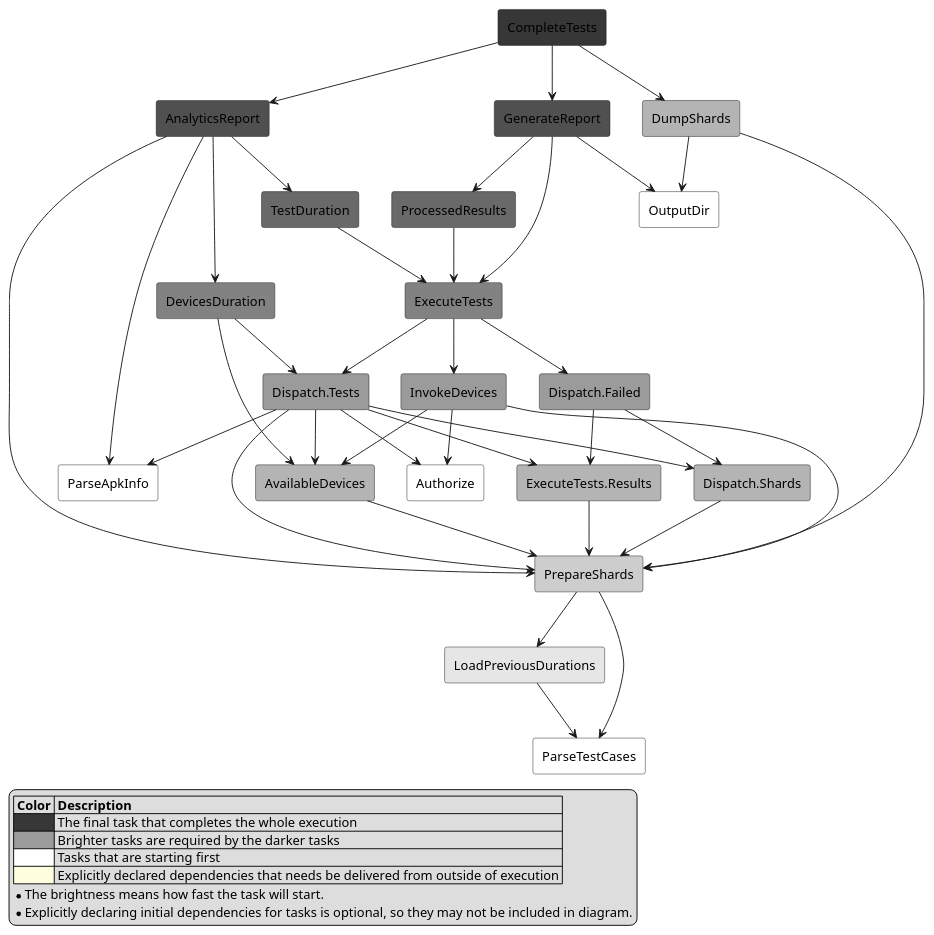
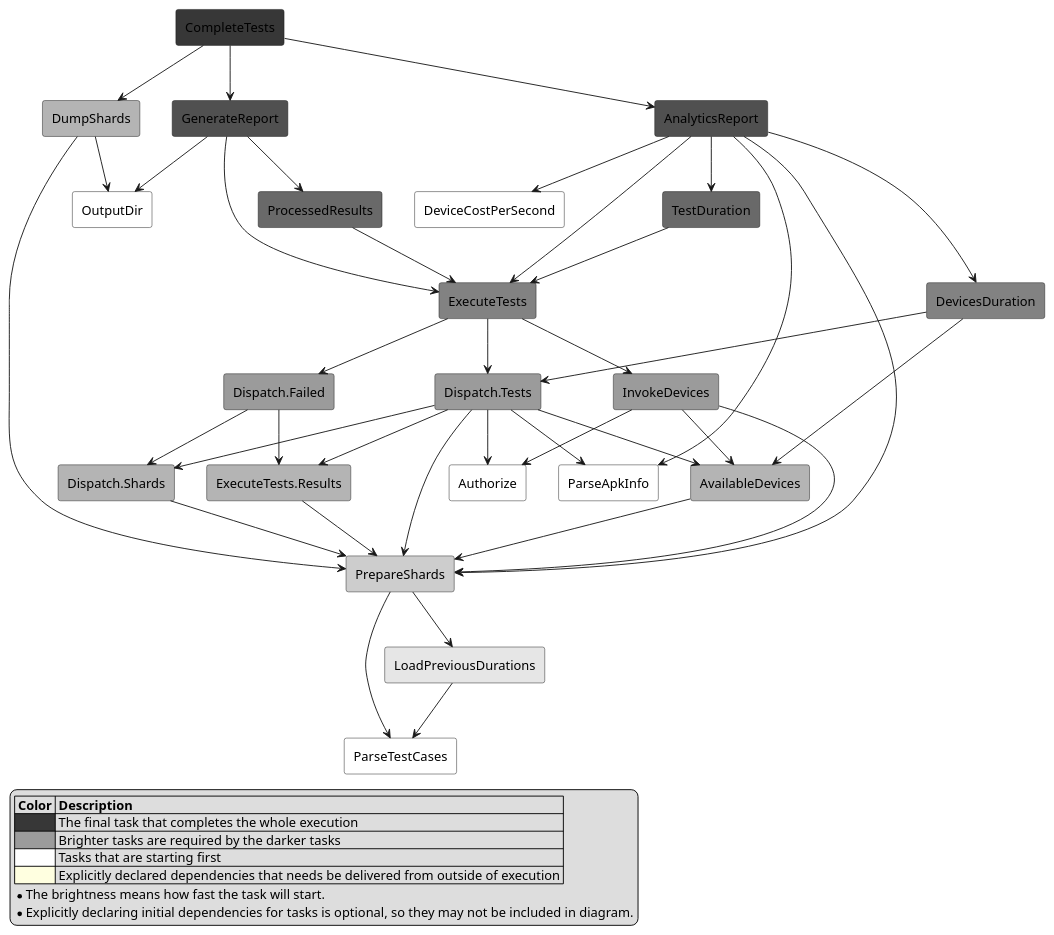
One commit to Flank/flank changed the diagram in corellium/domain/TestAndroid-execute.puml. Above: the diagram before and after it, drawn with PlantUML. The commit also changed 3 other files, not shown here.

```diff
--- a/corellium/domain/TestAndroid-execute.puml
+++ b/corellium/domain/TestAndroid-execute.puml
@@ -1,73 +1,76 @@
 @startuml
 
 skinparam componentStyle rectangle
 
 legend left
   |= Color |= Description |
   |<#373737>| The final task that completes the whole execution |
   |<#9b9b9b>| Brighter tasks are required by the darker tasks |
   |<#ffffff>| Tasks that are starting first |
   |<#LightYellow>| Explicitly declared dependencies that needs be delivered from outside of execution |
   * The brightness means how fast the task will start.
   * Explicitly declaring initial dependencies for tasks is optional, so they may not be included in diagram.
 end legend
 
 [Authorize] #ffffff
 [OutputDir] #ffffff
+[DeviceCostPerSecond] #ffffff
 [ParseApkInfo] #ffffff
 [ParseTestCases] #ffffff
 [LoadPreviousDurations] #e6e6e6
 [PrepareShards] #cdcdcd
 [AvailableDevices] #b4b4b4
 [Dispatch.Shards] #b4b4b4
 [DumpShards] #b4b4b4
 [ExecuteTests.Results] #b4b4b4
 [Dispatch.Failed] #9b9b9b
 [Dispatch.Tests] #9b9b9b
 [InvokeDevices] #9b9b9b
 [DevicesDuration] #828282
 [ExecuteTests] #828282
 [TestDuration] #696969
 [ProcessedResults] #696969
 [GenerateReport] #505050
 [AnalyticsReport] #505050
 [CompleteTests] #373737
 
 [AvailableDevices] --> [PrepareShards]
 [DevicesDuration] --> [AvailableDevices]
 [DevicesDuration] --> [Dispatch.Tests]
 [TestDuration] --> [ExecuteTests]
 [Dispatch.Failed] --> [Dispatch.Shards]
 [Dispatch.Failed] --> [ExecuteTests.Results]
 [Dispatch.Shards] --> [PrepareShards]
 [Dispatch.Tests] --> [ParseApkInfo]
 [Dispatch.Tests] --> [Authorize]
 [Dispatch.Tests] --> [PrepareShards]
 [Dispatch.Tests] --> [AvailableDevices]
 [Dispatch.Tests] --> [Dispatch.Shards]
 [Dispatch.Tests] --> [ExecuteTests.Results]
 [DumpShards] --> [PrepareShards]
 [DumpShards] --> [OutputDir]
 [ExecuteTests] --> [InvokeDevices]
 [ExecuteTests] --> [Dispatch.Tests]
 [ExecuteTests] --> [Dispatch.Failed]
 [CompleteTests] --> [GenerateReport]
 [CompleteTests] --> [DumpShards]
 [CompleteTests] --> [AnalyticsReport]
 [GenerateReport] --> [ExecuteTests]
 [GenerateReport] --> [ProcessedResults]
 [GenerateReport] --> [OutputDir]
 [ExecuteTests.Results] --> [PrepareShards]
 [InvokeDevices] --> [Authorize]
 [InvokeDevices] --> [PrepareShards]
 [InvokeDevices] --> [AvailableDevices]
 [LoadPreviousDurations] --> [ParseTestCases]
 [PrepareShards] --> [ParseTestCases]
 [PrepareShards] --> [LoadPreviousDurations]
 [ProcessedResults] --> [ExecuteTests]
 [AnalyticsReport] --> [PrepareShards]
 [AnalyticsReport] --> [ParseApkInfo]
+[AnalyticsReport] --> [ExecuteTests]
+[AnalyticsReport] --> [DeviceCostPerSecond]
 [AnalyticsReport] --> [DevicesDuration]
 [AnalyticsReport] --> [TestDuration]
 
 @enduml
```
